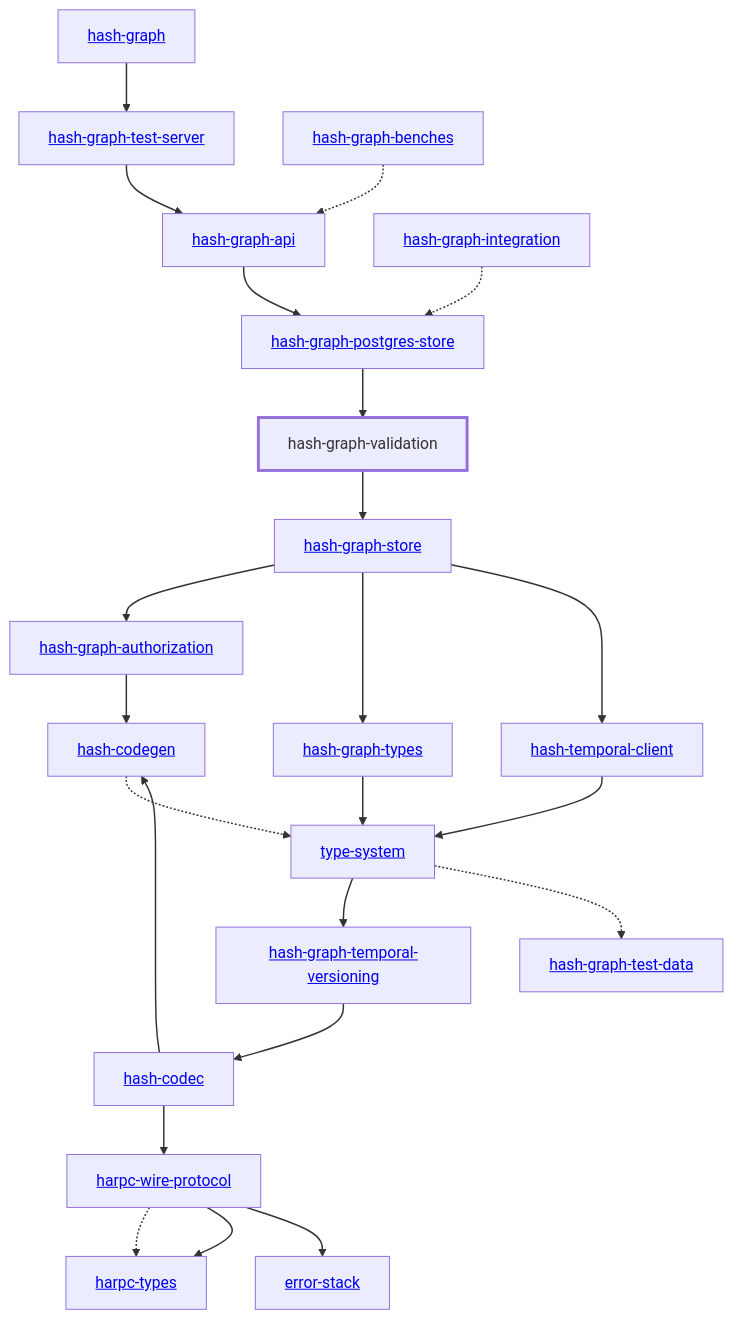
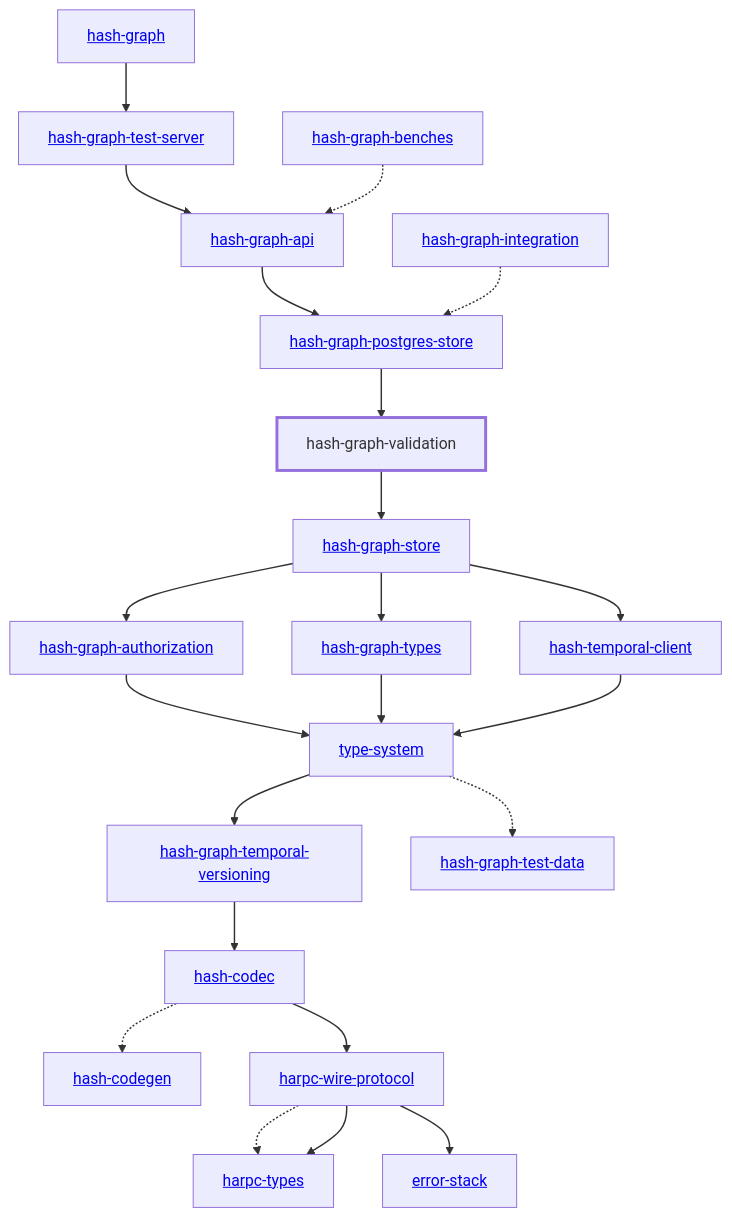
One commit to hashintel/hash changed the diagram in libs/@local/graph/validation/docs/dependency-diagram.mmd. Above: the diagram before and after it, drawn with Mermaid. The commit also changed 21 other files, not shown here.

Commit message:
Update dependency diagrams

```diff
--- a/libs/@local/graph/validation/docs/dependency-diagram.mmd
+++ b/libs/@local/graph/validation/docs/dependency-diagram.mmd
@@ -1,52 +1,51 @@
 graph TD
     linkStyle default stroke-width:1.5px
     classDef default stroke-width:1px
     classDef root stroke-width:3px
     classDef dev stroke-width:1px
     classDef build stroke-width:1px
     %% Legend
     %% --> : Normal dependency
     %% -.-> : Dev dependency
     %% ---> : Build dependency
     0[<a href="../hash_graph">hash-graph</a>]
     1[<a href="../type_system">type-system</a>]
     2[<a href="../hash_codec">hash-codec</a>]
     3[<a href="../hash_codegen">hash-codegen</a>]
     4[<a href="../hash_graph_api">hash-graph-api</a>]
     5[<a href="../hash_graph_authorization">hash-graph-authorization</a>]
     6[<a href="../hash_graph_postgres_store">hash-graph-postgres-store</a>]
     7[<a href="../hash_graph_store">hash-graph-store</a>]
     8[<a href="../hash_graph_temporal_versioning">hash-graph-temporal-versioning</a>]
     9[<a href="../hash_graph_test_server">hash-graph-test-server</a>]
     10[<a href="../hash_graph_types">hash-graph-types</a>]
     11[hash-graph-validation]
     class 11 root
     12[<a href="../harpc_types">harpc-types</a>]
     13[<a href="../harpc_wire_protocol">harpc-wire-protocol</a>]
     14[<a href="../hash_temporal_client">hash-temporal-client</a>]
     15[<a href="../error_stack">error-stack</a>]
     16[<a href="../hash_graph_benches">hash-graph-benches</a>]
     17[<a href="../hash_graph_integration">hash-graph-integration</a>]
     18[<a href="../hash_graph_test_data">hash-graph-test-data</a>]
     0 --> 9
     1 --> 8
     1 -.-> 18
-    2 --> 3
+    2 -.-> 3
     2 --> 13
-    3 -.-> 1
     4 --> 6
-    5 --> 3
+    5 --> 1
     6 --> 11
     7 --> 5
     7 --> 10
     7 --> 14
     8 --> 2
     9 --> 4
     10 --> 1
     11 --> 7
     13 -.-> 12
     13 --> 12
     13 --> 15
     14 --> 1
     16 -.-> 4
     17 -.-> 6
```
